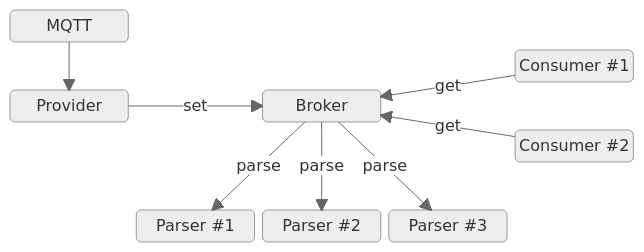
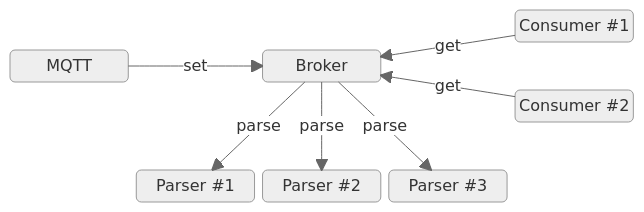
One commit to PhilDay-CT/cheriot-demos changed the first of 2 diagrams in configuration_broker/README.md. Above: the diagram before and after it, drawn with Mermaid (neutral theme). The commit also changed other lines of this file and 1 other file, not shown here.

````diff
--- a/configuration_broker/README.md
+++ b/configuration_broker/README.md
@@ -42,18 +44,16 @@
 ```mermaid
 block-beta
     columns 5
-    mqtt("MQTT") space:4
     space:4 consumer#1("Consumer #1")
-    provider("Provider") space broker("Broker") space:2
+    provider("MQTT") space broker("Broker") space:2
     space:4 consumer#2("Consumer #2")
     space:5
     space:1 parser#1("Parser #1") parser#2("Parser #2") parser#3("Parser #3") 
     
-    mqtt --> provider
     provider-- "set" -->broker
     consumer#1-- "get" -->broker
     consumer#2-- "get" -->broker
     broker-- "parse" -->parser#1
     broker-- "parse" -->parser#2
     broker-- "parse" -->parser#3
 ```
````
